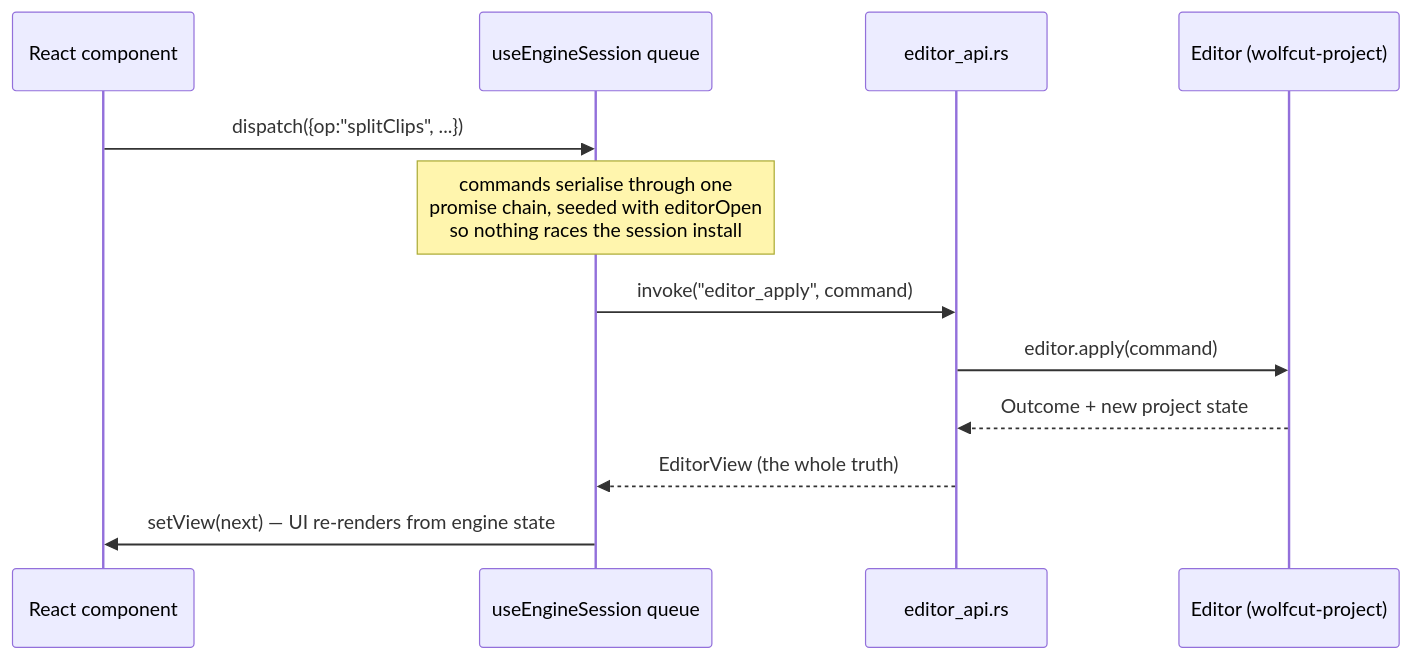
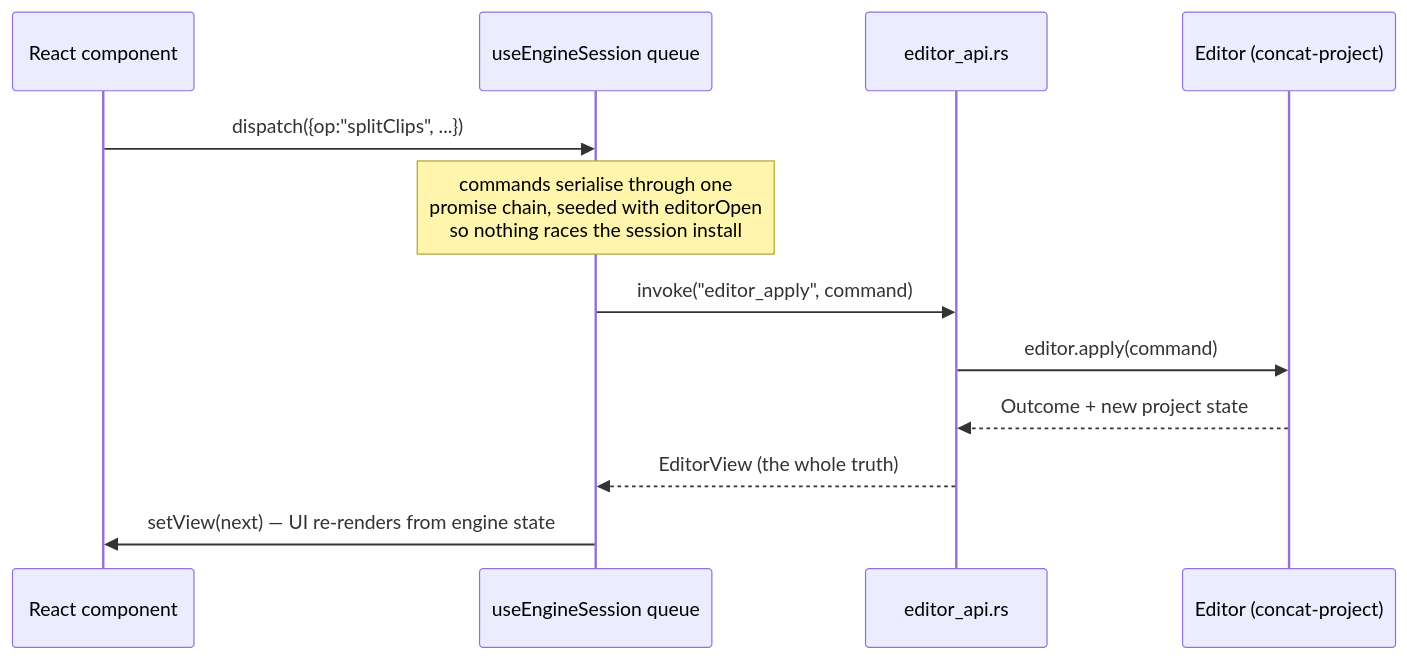
Before and after one commit to Mehdidjah/Concat-app: the second of 3 diagrams in ARCHITECTURE.md, drawn with Mermaid. The commit also changed other lines of this file and 178 other files, not shown here.

````diff
--- a/ARCHITECTURE.md
+++ b/ARCHITECTURE.md
@@ -63,15 +75,15 @@
 ```mermaid
 sequenceDiagram
     participant UI as React component
     participant Q as useEngineSession queue
     participant H as editor_api.rs
-    participant E as Editor (wolfcut-project)
+    participant E as Editor (concat-project)
 
     UI->>Q: dispatch({op:"splitClips", ...})
     Note over Q: commands serialise through one<br/>promise chain, seeded with editorOpen<br/>so nothing races the session install
     Q->>H: invoke("editor_apply", command)
     H->>E: editor.apply(command)
     E-->>H: Outcome + new project state
     H-->>Q: EditorView (the whole truth)
     Q->>UI: setView(next) — UI re-renders from engine state
 ```
````
